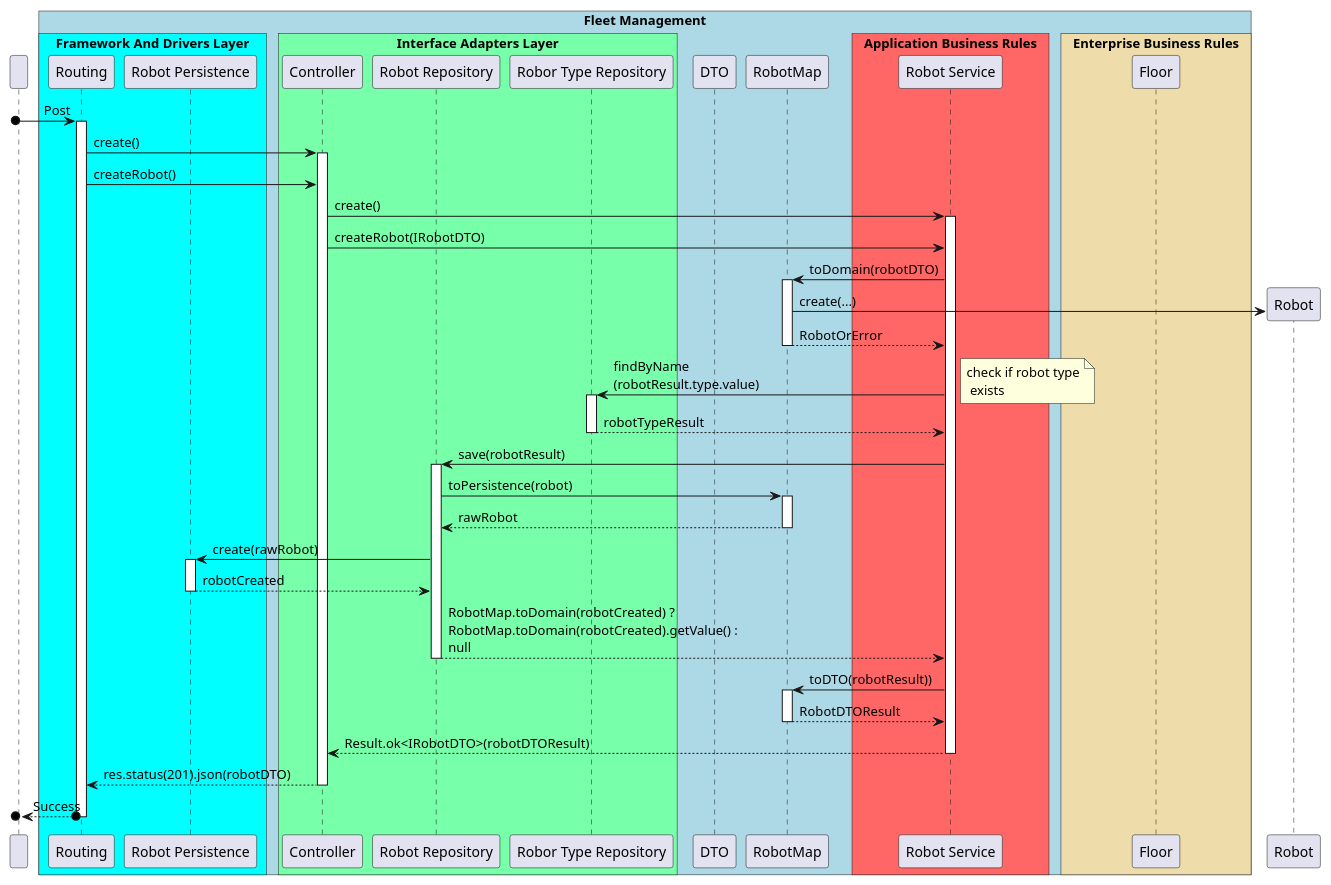
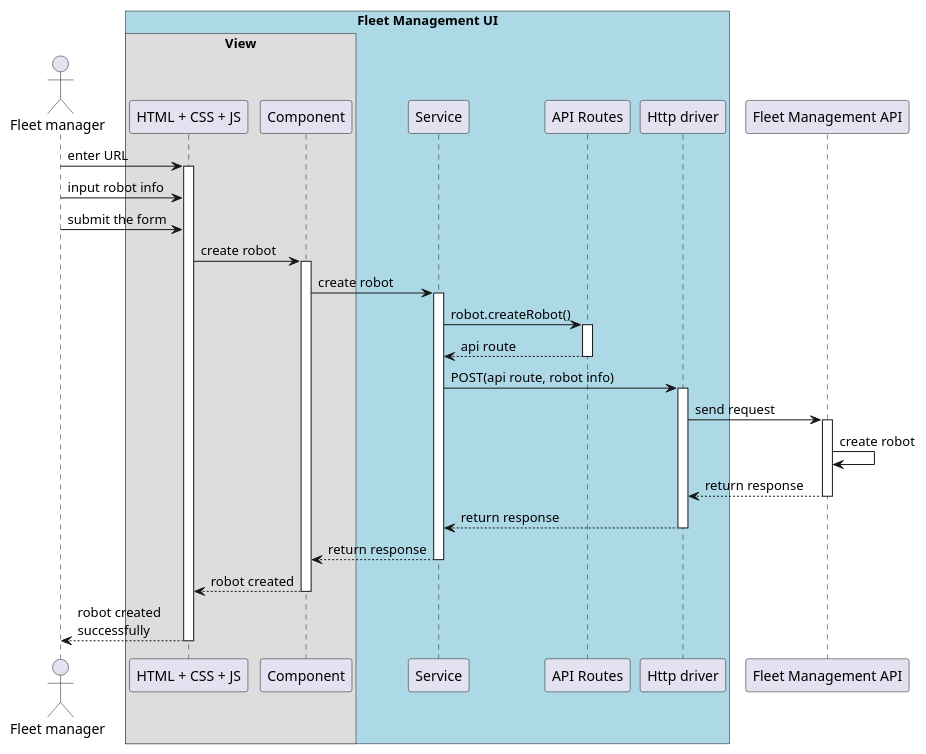
The diagram in docs/US/Sprint_B/ID-360-ID-1010/SD lv3.puml (winqus/RobDroneGo), drawn with PlantUML before and after one commit. The commit also changed 4 other files, not shown here.

```diff
--- a/docs/US/Sprint_B/ID-360-ID-1010/SD lv3.puml
+++ b/docs/US/Sprint_B/ID-360-ID-1010/SD lv3.puml
@@ -1,84 +1,61 @@
 @startuml SD Lv3
+
 
 !pragma teoz true
 
-participant " "
-box "Fleet Management" #LightBlue
+actor "Fleet manager" as fleet
+box "Fleet Management UI" #LightBlue
 
-    box "Framework And Drivers Layer" #00ffff
-        participant Routing
-        participant "Robot Persistence" as Schema
+    box "View"
+        participant "HTML + CSS + JS" as html
+        participant "Component" as component
     end box
+    participant "Service" as service
+    participant "API Routes" as API_ROUTES
+    participant "Http driver" as http
 
-    box "Interface Adapters Layer" #77ffaa
-        participant Controller
-        participant "Robot Repository" as Repository
-        participant "Robor Type Repository" as RTRepository
-    end box
+end box
+participant "Fleet Management API" as fleetAPI
 
-    participant DTO
-    participant RobotMap as Map
-    box "Application Business Rules" #ff6666
-        participant "Robot Service" as RobotS
-    end box
+fleet -> html : enter URL
+activate html
+fleet -> html : input robot info
+fleet -> html : submit the form
 
-    box "Enterprise Business Rules" #eeddaa
-        participant Floor
-    end box
-end box
+    html -> component : create robot
+    activate component
 
+        component -> service : create robot
+        activate service
 
-[o-> Routing : Post
-activate Routing
+            service -> API_ROUTES : robot.createRobot()
+            activate API_ROUTES
 
-    Routing -> Controller : create()
-    activate Controller
-    Routing -> Controller : createRobot()
-        Controller -> RobotS : create()
-        activate RobotS
-            Controller -> RobotS : createRobot(IRobotDTO)
-            RobotS -> Map : toDomain(robotDTO)
+            API_ROUTES --> service : api route
+            deactivate API_ROUTES
 
-            activate Map
-                Map -> Robot ** : create(...)
-                Map --> RobotS : RobotOrError
-            deactivate Map
-            RobotS -> RTRepository : findByName\n(robotResult.type.value)
-            note right: check if robot type\n exists
+            service -> http : POST(api route, robot info)
+            activate http
 
-            activate RTRepository
-                RTRepository --> RobotS : robotTypeResult
-            deactivate RTRepository
+                http -> fleetAPI : send request
+                activate fleetAPI
 
-            RobotS -> Repository : save(robotResult)
-            activate Repository
+                    fleetAPI -> fleetAPI : create robot
+                    
+                fleetAPI --> http : return response
+                deactivate fleetAPI
 
-                Repository -> Map : toPersistence(robot)
-                activate Map
-                    Map --> Repository : rawRobot
-                deactivate Map
+            http --> service : return response
+            deactivate http
 
-                Repository -> Schema : create(rawRobot)
-                activate Schema
-                    Schema --> Repository : robotCreated
-                deactivate Schema
+        service --> component : return response
+        deactivate service
 
-                Repository --> RobotS : RobotMap.toDomain(robotCreated) ? \nRobotMap.toDomain(robotCreated).getValue() : \nnull
+    component --> html : robot created
+    deactivate component
 
-            deactivate Repository
-
-            RobotS -> Map : toDTO(robotResult))
-            activate Map
-                Map --> RobotS : RobotDTOResult
-            deactivate Map
-            RobotS --> Controller : Result.ok<IRobotDTO>(robotDTOResult)
-        deactivate RobotS
-
-    Controller --> Routing : res.status(201).json(robotDTO)
-    deactivate Controller
-
-[o<--o Routing : Success
-deactivate Routing
+html --> fleet : robot created\nsuccessfully
+deactivate html
 
 
 @enduml
```
